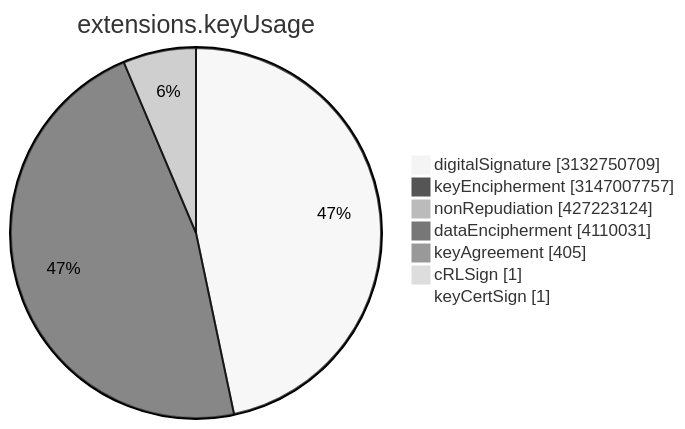
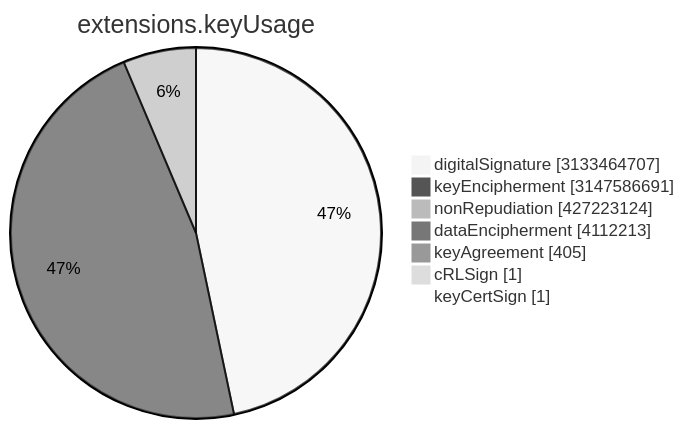
The sixth of 15 diagrams in TOTAL/README.md (christiankrug/ctmonitor_visualization), drawn with Mermaid (neutral theme) before and after one commit. The commit also changed other lines of this file, not shown here.

````diff
--- a/TOTAL/README.md
+++ b/TOTAL/README.md
@@ -3077,11 +3077,11 @@
 ```mermaid
 pie showData
 title extensions.keyUsage
-"digitalSignature" :3132750709
-"keyEncipherment" :3147007757
+"digitalSignature" :3133464707
+"keyEncipherment" :3147586691
 "nonRepudiation" :427223124
-"dataEncipherment" :4110031
+"dataEncipherment" :4112213
 "keyAgreement" :405
 "cRLSign" :1
 "keyCertSign" :1
 ```
````
